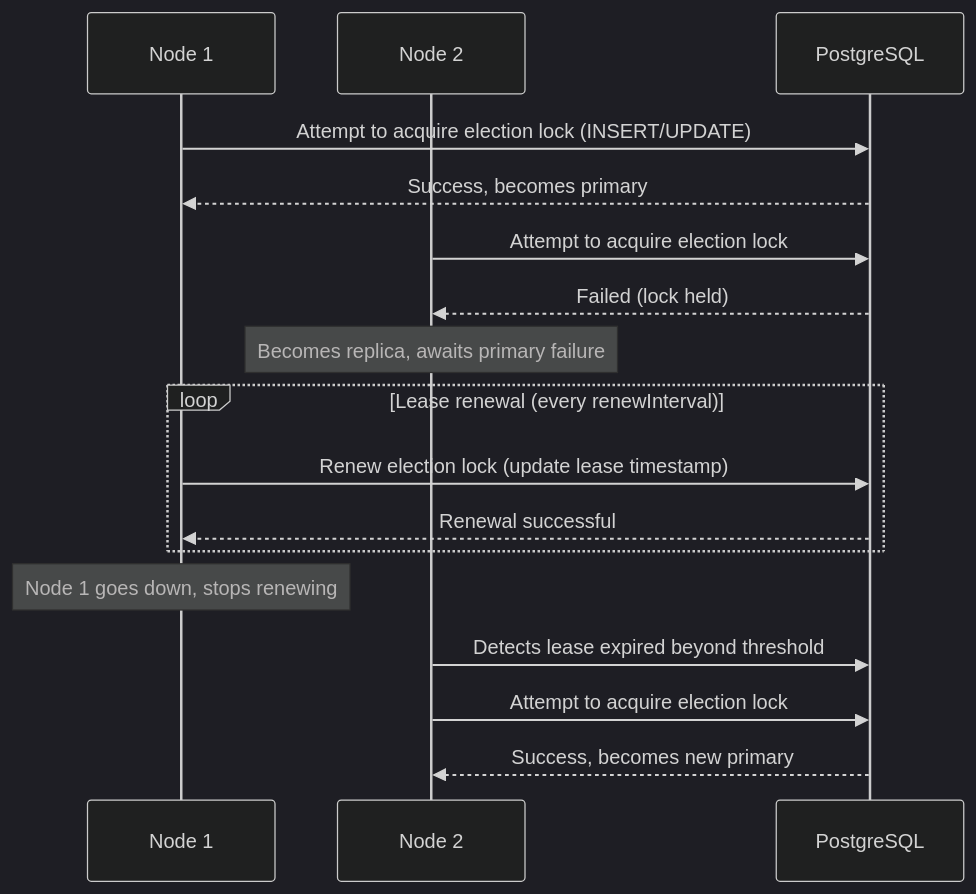
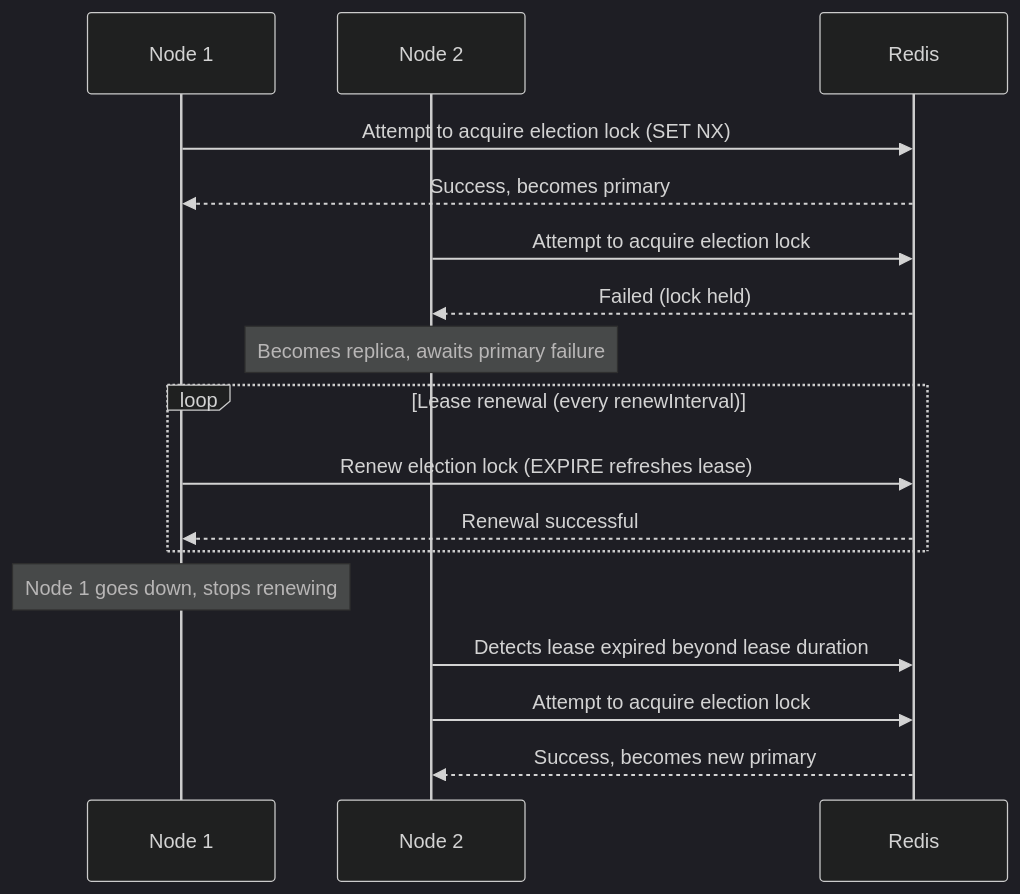
Before and after one commit to linaproai/linapro-site: the first of 2 diagrams in apps/lina-site/i18n/en/docusaurus-plugin-content-docs/current/docs/2000-architecture/6000-distributed-architecture.md, drawn with Mermaid (dark theme). The commit also changed other lines of this file and 6 other files, not shown here.

First line of the commit message:
docs(lina-site): rewrite architecture docs and sync EN translations

````diff
--- a/apps/lina-site/i18n/en/docusaurus-plugin-content-docs/current/docs/2000-architecture/6000-distributed-architecture.md
+++ b/apps/lina-site/i18n/en/docusaurus-plugin-content-docs/current/docs/2000-architecture/6000-distributed-architecture.md
@@ -86,23 +99,23 @@
 ```mermaid
 sequenceDiagram
     participant N1 as Node 1
     participant N2 as Node 2
-    participant DB as PostgreSQL
+    participant R as Redis
 
-    N1->>DB: Attempt to acquire election lock (INSERT/UPDATE)
-    DB-->>N1: Success, becomes primary
-    N2->>DB: Attempt to acquire election lock
-    DB-->>N2: Failed (lock held)
+    N1->>R: Attempt to acquire election lock (SET NX)
+    R-->>N1: Success, becomes primary
+    N2->>R: Attempt to acquire election lock
+    R-->>N2: Failed (lock held)
     Note over N2: Becomes replica, awaits primary failure
 
     loop Lease renewal (every renewInterval)
-        N1->>DB: Renew election lock (update lease timestamp)
-        DB-->>N1: Renewal successful
+        N1->>R: Renew election lock (EXPIRE refreshes lease)
+        R-->>N1: Renewal successful
     end
 
     Note over N1: Node 1 goes down, stops renewing
 
-    N2->>DB: Detects lease expired beyond threshold
-    N2->>DB: Attempt to acquire election lock
-    DB-->>N2: Success, becomes new primary
+    N2->>R: Detects lease expired beyond lease duration
+    N2->>R: Attempt to acquire election lock
+    R-->>N2: Success, becomes new primary
 ```
````
